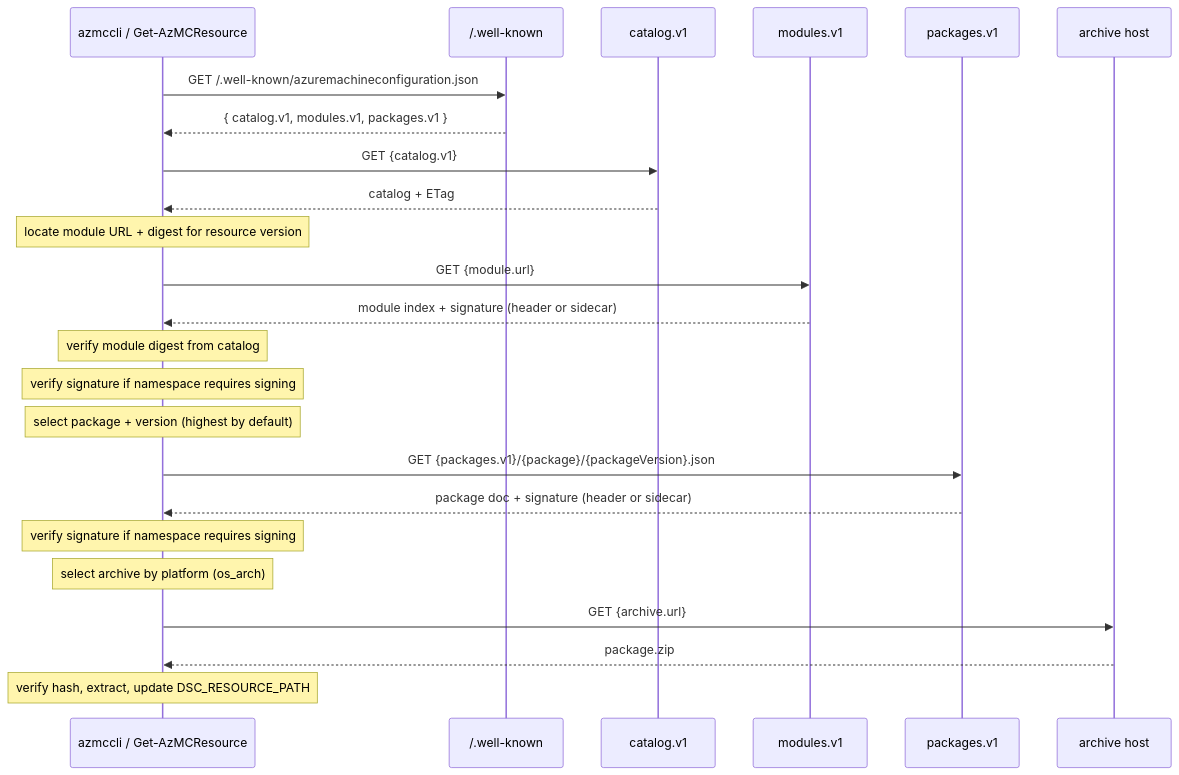
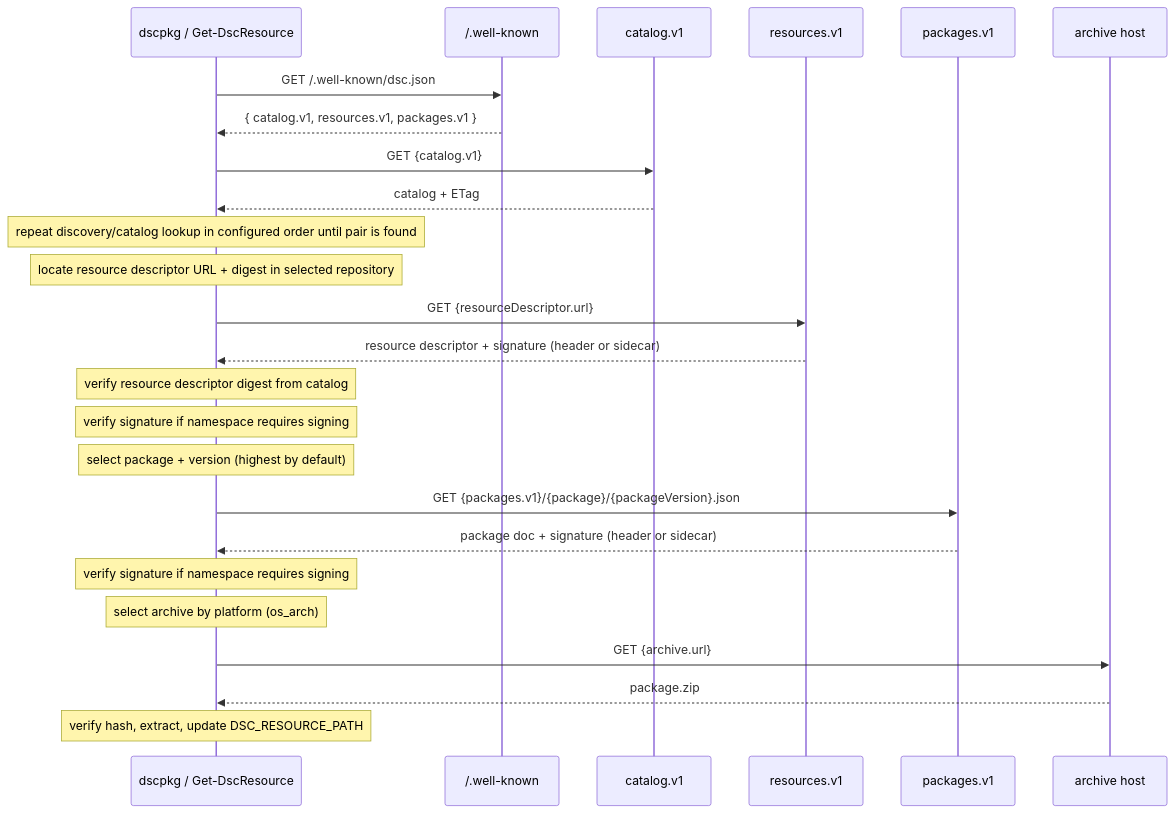
The first of 3 diagrams in docs/design-resource-download/dsc-resource-download.md (Bpoe/DSC), drawn with Mermaid before and after one commit. The commit also changed other lines of this file and 1 other file, not shown here.

Commit message:
Define DSC resource repository terminology and precedence

````diff
--- a/docs/design-resource-download/dsc-resource-download.md
+++ b/docs/design-resource-download/dsc-resource-download.md
@@ -82,27 +119,28 @@
 ```mermaid
 sequenceDiagram
-    participant Client as azmccli / Get-AzMCResource
+    participant Client as dscpkg / Get-DscResource
     participant Disc as /.well-known
     participant Cat as catalog.v1
-    participant Mod as modules.v1
+    participant Mod as resources.v1
     participant Pkg as packages.v1
     participant CDN as archive host
 
-    Client->>Disc: GET /.well-known/azuremachineconfiguration.json
-    Disc-->>Client: { catalog.v1, modules.v1, packages.v1 }
+    Client->>Disc: GET /.well-known/dsc.json
+    Disc-->>Client: { catalog.v1, resources.v1, packages.v1 }
     Client->>Cat: GET {catalog.v1}
     Cat-->>Client: catalog + ETag
-    Note over Client: locate module URL + digest for resource version
-    Client->>Mod: GET {module.url}
-    Mod-->>Client: module index + signature (header or sidecar)
-    Note over Client: verify module digest from catalog
+    Note over Client: repeat discovery/catalog lookup in configured order until pair is found
+    Note over Client: locate resource descriptor URL + digest in selected repository
+    Client->>Mod: GET {resourceDescriptor.url}
+    Mod-->>Client: resource descriptor + signature (header or sidecar)
+    Note over Client: verify resource descriptor digest from catalog
     Note over Client: verify signature if namespace requires signing
     Note over Client: select package + version (highest by default)
     Client->>Pkg: GET {packages.v1}/{package}/{packageVersion}.json
     Pkg-->>Client: package doc + signature (header or sidecar)
     Note over Client: verify signature if namespace requires signing
     Note over Client: select archive by platform (os_arch)
     Client->>CDN: GET {archive.url}
     CDN-->>Client: package.zip
     Note over Client: verify hash, extract, update DSC_RESOURCE_PATH
 ```
````
